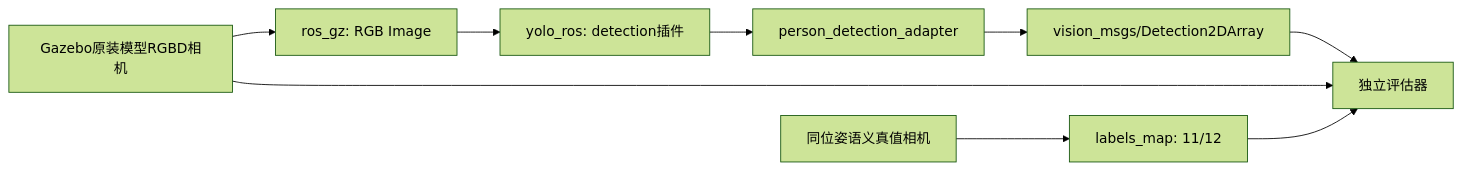
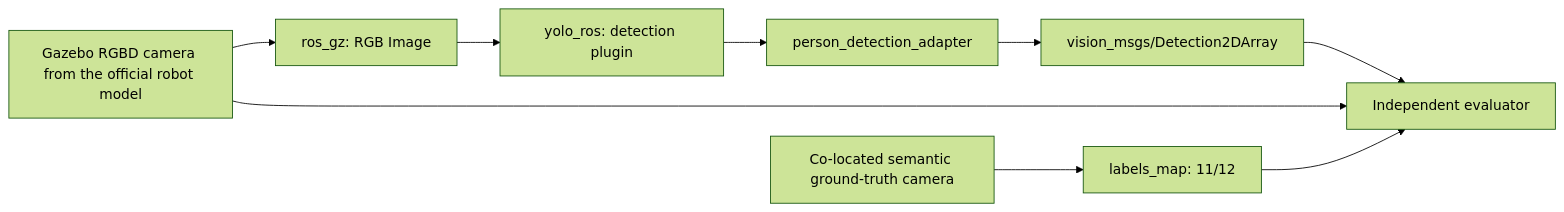
The diagram in docs/phase2_detection.md (Intelligent-Robotics-project-group-7/Intelligent-Robotics-project-group-7), drawn with Mermaid (forest theme) before and after one commit. The commit also changed other lines of this file and 7 other files, not shown here.

````diff
--- a/docs/phase2_detection.md
+++ b/docs/phase2_detection.md
@@ -33,11 +33,11 @@
 ```mermaid
 flowchart LR
-  RGB[Gazebo原装模型RGBD相机] --> BR[ros_gz: RGB Image]
-  BR --> Y[yolo_ros: detection插件]
+  RGB[Gazebo RGBD camera from the official robot model] --> BR[ros_gz: RGB Image]
+  BR --> Y[yolo_ros: detection plugin]
   Y --> A[person_detection_adapter]
   A --> V[vision_msgs/Detection2DArray]
-  V --> E[独立评估器]
+  V --> E[Independent evaluator]
   RGB --> E
-  S[同位姿语义真值相机] --> M[labels_map: 11/12]
+  S[Co-located semantic ground-truth camera] --> M[labels_map: 11/12]
   M --> E
 ```
````
